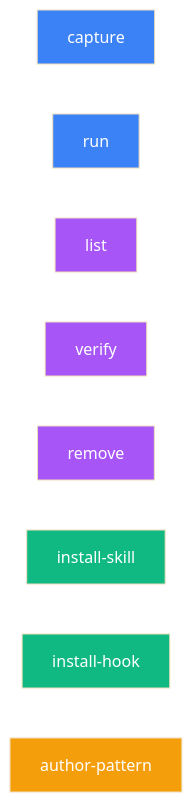
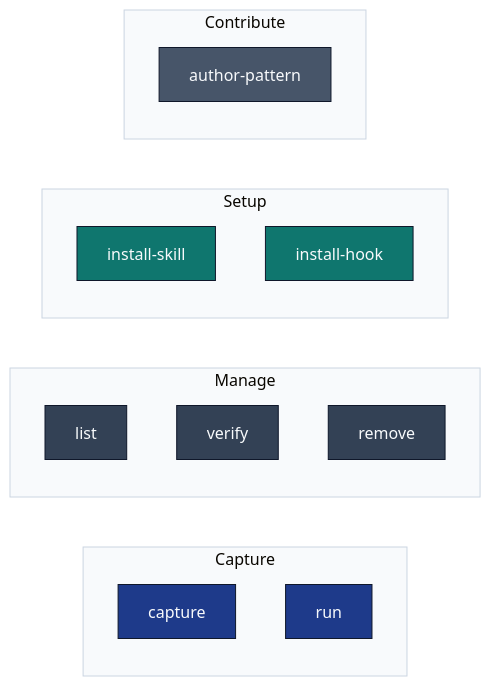
Before and after one commit to viditkbhatnagar/immunize: the ninth of 14 diagrams in README.md, drawn with Mermaid. The commit also changed other lines of this file, not shown here.

First line of the commit message:
Redesign README mermaid diagrams with corporate styling

````diff
--- a/README.md
+++ b/README.md
@@ -411,17 +455,37 @@
 ```mermaid
-%%{init: {'theme':'base'}}%%
+%%{init: {'theme':'base', 'themeVariables': {'fontFamily':'Inter, system-ui, -apple-system, sans-serif', 'primaryTextColor':'#0f172a', 'lineColor':'#94a3b8'}}}%%
 flowchart LR
-    classDef cap fill:#3b82f6,color:#fff
-    classDef mgmt fill:#a855f7,color:#fff
-    classDef setup fill:#10b981,color:#fff
-    classDef contrib fill:#f59e0b,color:#fff
+    classDef capture fill:#1e3a8a,stroke:#0f172a,stroke-width:1px,color:#f8fafc
+    classDef mgmt fill:#334155,stroke:#0f172a,stroke-width:1px,color:#f8fafc
+    classDef setup fill:#0f766e,stroke:#0f172a,stroke-width:1px,color:#f8fafc
+    classDef contrib fill:#475569,stroke:#0f172a,stroke-width:1px,color:#f8fafc
 
-    capture[capture]:::cap
-    run[run]:::cap
-    list[list]:::mgmt
-    verify[verify]:::mgmt
-    remove[remove]:::mgmt
-    install_skill[install-skill]:::setup
-    install_hook[install-hook]:::setup
-    author_pattern[author-pattern]:::contrib
+    subgraph Cap["Capture"]
+        direction TB
+        capture["capture"]:::capture
+        run["run"]:::capture
+    end
+
+    subgraph Manage["Manage"]
+        direction TB
+        list["list"]:::mgmt
+        verify["verify"]:::mgmt
+        remove["remove"]:::mgmt
+    end
+
+    subgraph Setup["Setup"]
+        direction TB
+        install_skill["install-skill"]:::setup
+        install_hook["install-hook"]:::setup
+    end
+
+    subgraph Contribute["Contribute"]
+        direction TB
+        author_pattern["author-pattern"]:::contrib
+    end
+
+    style Cap fill:#f8fafc,stroke:#cbd5e1
+    style Manage fill:#f8fafc,stroke:#cbd5e1
+    style Setup fill:#f8fafc,stroke:#cbd5e1
+    style Contribute fill:#f8fafc,stroke:#cbd5e1
 ```
````
